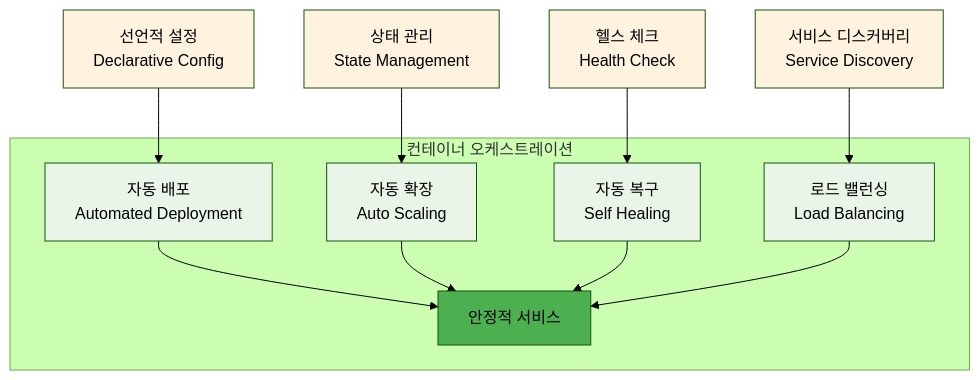
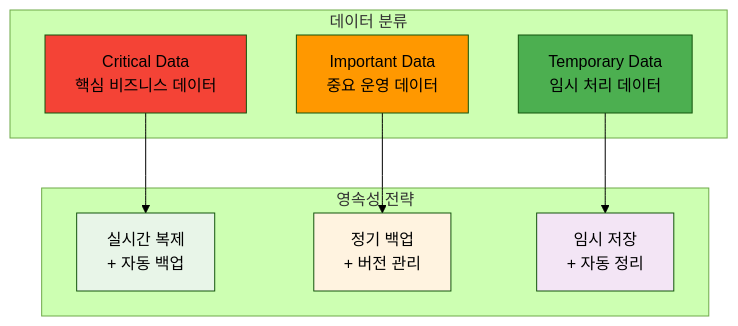
Before and after one commit to niceguy61/kdt_devops_lecture_2025: the second of 4 diagrams in theory/week_02/day2/session_2.md, drawn with Mermaid (forest theme). The commit also changed other lines of this file and 70 other files, not shown here.

````diff
--- a/theory/week_02/day2/session_2.md
+++ b/theory/week_02/day2/session_2.md
@@ -37,24 +61,25 @@
 ```mermaid
 graph TB
-    subgraph "컨테이너 오케스트레이션"
-        A[자동 배포<br/>Automated Deployment] --> E[안정적 서비스]
-        B[자동 확장<br/>Auto Scaling] --> E
-        C[자동 복구<br/>Self Healing] --> E
-        D[로드 밸런싱<br/>Load Balancing] --> E
+    subgraph "데이터 분류"
+        A[Critical Data<br/>핵심 비즈니스 데이터]
+        B[Important Data<br/>중요 운영 데이터]
+        C[Temporary Data<br/>임시 처리 데이터]
     end
     
-    F[선언적 설정<br/>Declarative Config] --> A
-    G[상태 관리<br/>State Management] --> B
-    H[헬스 체크<br/>Health Check] --> C
-    I[서비스 디스커버리<br/>Service Discovery] --> D
+    subgraph "영속성 전략"
+        D[실시간 복제<br/>+ 자동 백업]
+        E[정기 백업<br/>+ 버전 관리]
+        F[임시 저장<br/>+ 자동 정리]
+    end
     
-    style A fill:#e8f5e8
-    style B fill:#e8f5e8
-    style C fill:#e8f5e8
+    A --> D
+    B --> E
+    C --> F
+    
+    style A fill:#f44336
+    style B fill:#ff9800
+    style C fill:#4caf50
     style D fill:#e8f5e8
-    style E fill:#4caf50
-    style F fill:#fff3e0
-    style G fill:#fff3e0
-    style H fill:#fff3e0
-    style I fill:#fff3e0
+    style E fill:#fff3e0
+    style F fill:#f3e5f5
 ```
````
